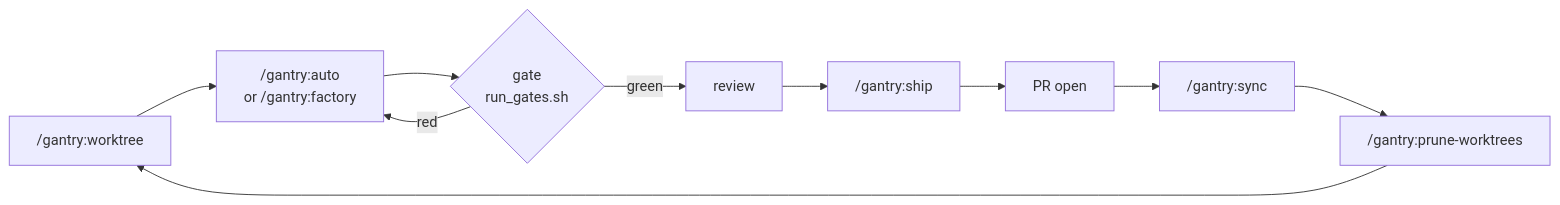
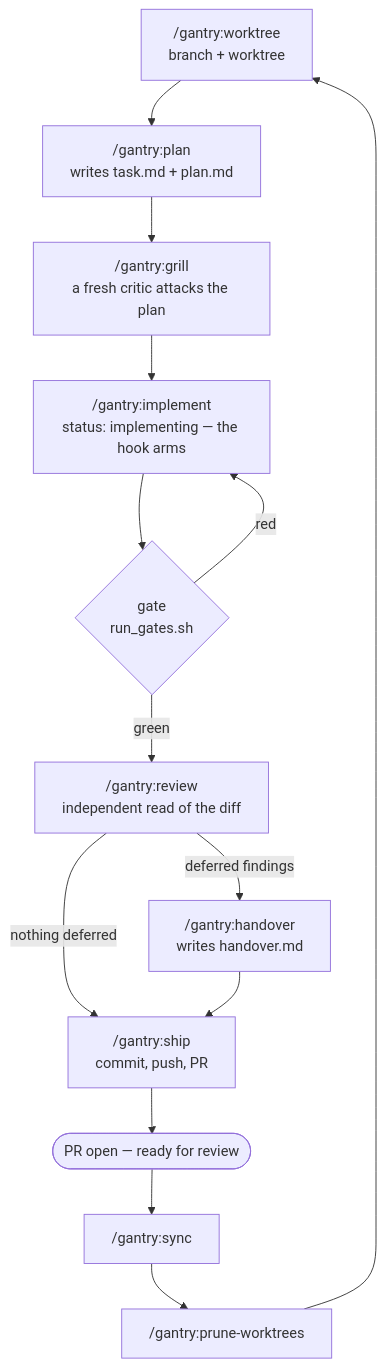
One commit to kostya-epifanov/claude-gantry changed the first of 2 diagrams in README.md. Above: the diagram before and after it, drawn with Mermaid. The commit also changed other lines of this file and 29 other files, not shown here.

````diff
--- a/README.md
+++ b/README.md
@@ -28,12 +38,16 @@
 ```mermaid
-flowchart LR
-  B["/gantry:worktree"] --> C["/gantry:auto<br/>or /gantry:factory"]
-  C --> D{"gate<br/>run_gates.sh"}
-  D -- "red" --> C
-  D -- "green" --> E["review"]
-  E --> F["/gantry:ship"]
-  F --> G["PR open"]
-  G --> H["/gantry:sync"]
-  H --> I["/gantry:prune-worktrees"]
-  I --> B
+flowchart TD
+  W["/gantry:worktree<br/>branch + worktree"] --> P["/gantry:plan<br/>writes task.md + plan.md"]
+  P --> G["/gantry:grill<br/>a fresh critic attacks the plan"]
+  G --> I["/gantry:implement<br/>status: implementing — the hook arms"]
+  I --> GATE{"gate<br/>run_gates.sh"}
+  GATE -- "red" --> I
+  GATE -- "green" --> R["/gantry:review<br/>independent read of the diff"]
+  R -- "deferred findings" --> H["/gantry:handover<br/>writes handover.md"]
+  R -- "nothing deferred" --> S["/gantry:ship<br/>commit, push, PR"]
+  H --> S
+  S --> PR(["PR open — ready for review"])
+  PR --> SY["/gantry:sync"]
+  SY --> PW["/gantry:prune-worktrees"]
+  PW --> W
 ```
````
